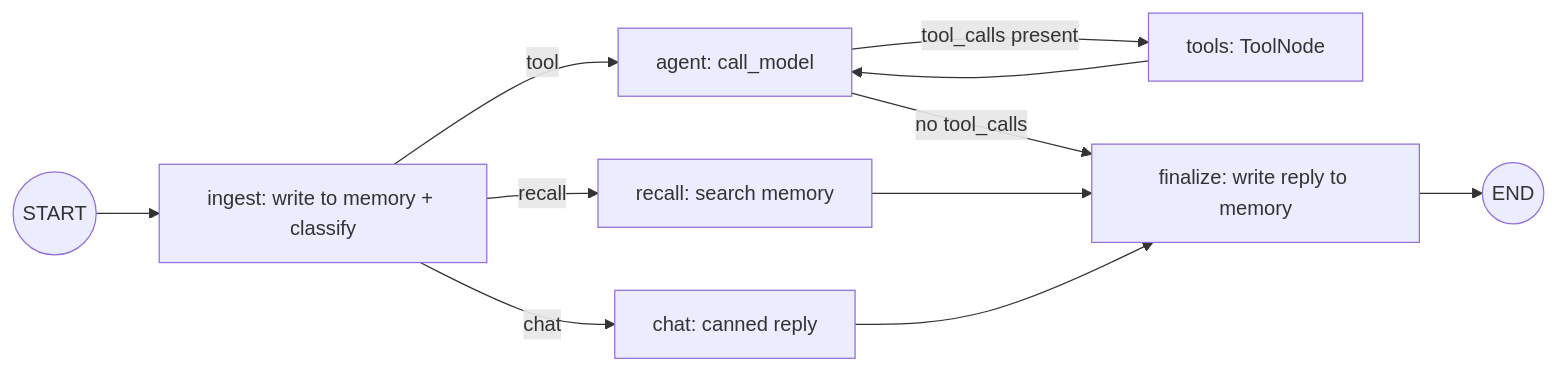
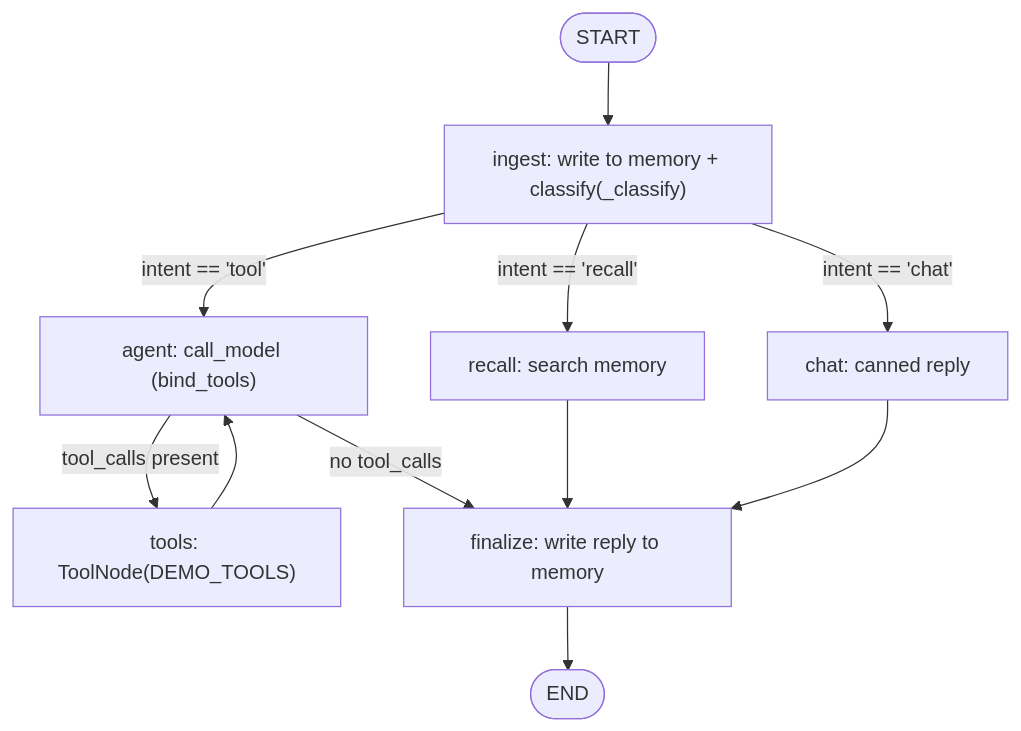
Before and after one commit to xergioalex/agent-lab: the first of 2 diagrams in src/59_personal_assistant/README.md, drawn with Mermaid. The commit also changed other lines of this file and 64 other files, not shown here.

First line of the commit message:
docs(docs): premium Mermaid diagram pass on all 64 module READMEs

````diff
--- a/src/59_personal_assistant/README.md
+++ b/src/59_personal_assistant/README.md
@@ -44,13 +44,13 @@
 ```mermaid
-graph LR
-    START((START)) --> ingest[ingest: write to memory + classify]
-    ingest -->|tool| agent[agent: call_model]
-    ingest -->|recall| recall[recall: search memory]
-    ingest -->|chat| chat[chat: canned reply]
-    agent -->|tool_calls present| tools[tools: ToolNode]
+flowchart TD
+    START(["START"]) --> ingest["ingest: write to memory + classify(_classify)"]
+    ingest -->|"intent == 'tool'"| agent["agent: call_model (bind_tools)"]
+    ingest -->|"intent == 'recall'"| recall["recall: search memory"]
+    ingest -->|"intent == 'chat'"| chat["chat: canned reply"]
+    agent -->|"tool_calls present"| tools["tools: ToolNode(DEMO_TOOLS)"]
     tools --> agent
-    agent -->|no tool_calls| finalize[finalize: write reply to memory]
+    agent -->|"no tool_calls"| finalize["finalize: write reply to memory"]
     recall --> finalize
     chat --> finalize
-    finalize --> END((END))
+    finalize --> END(["END"])
 ```
````
